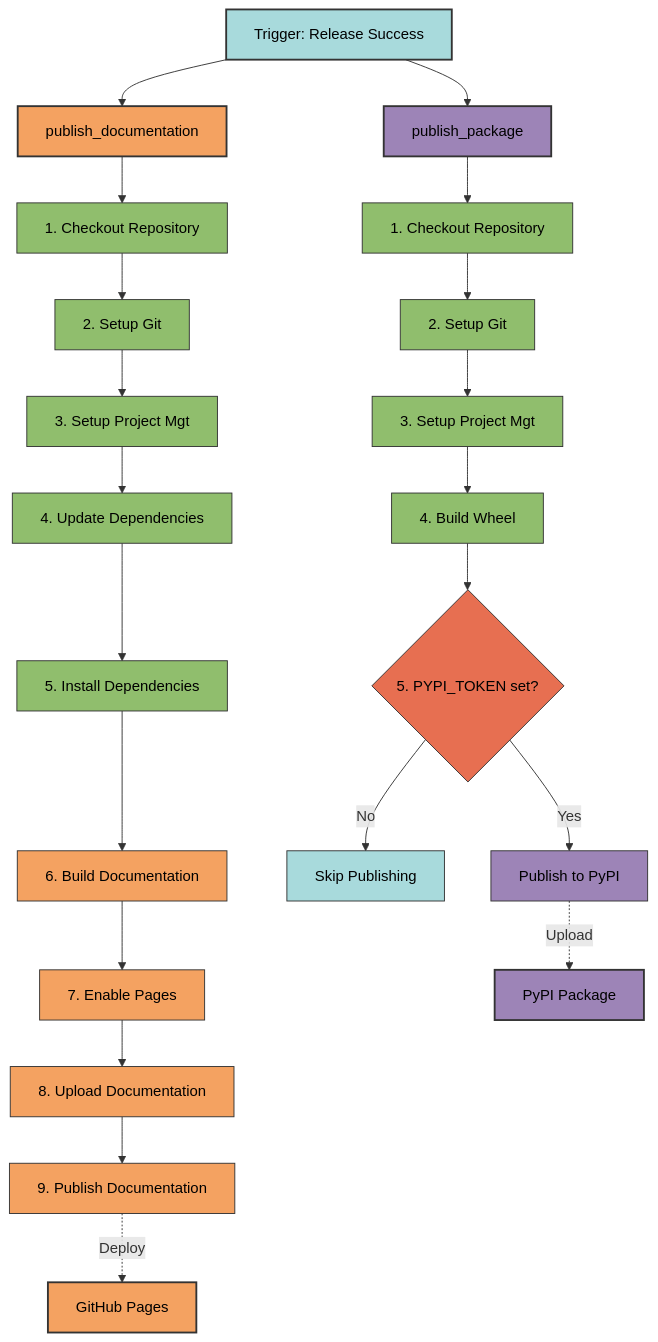
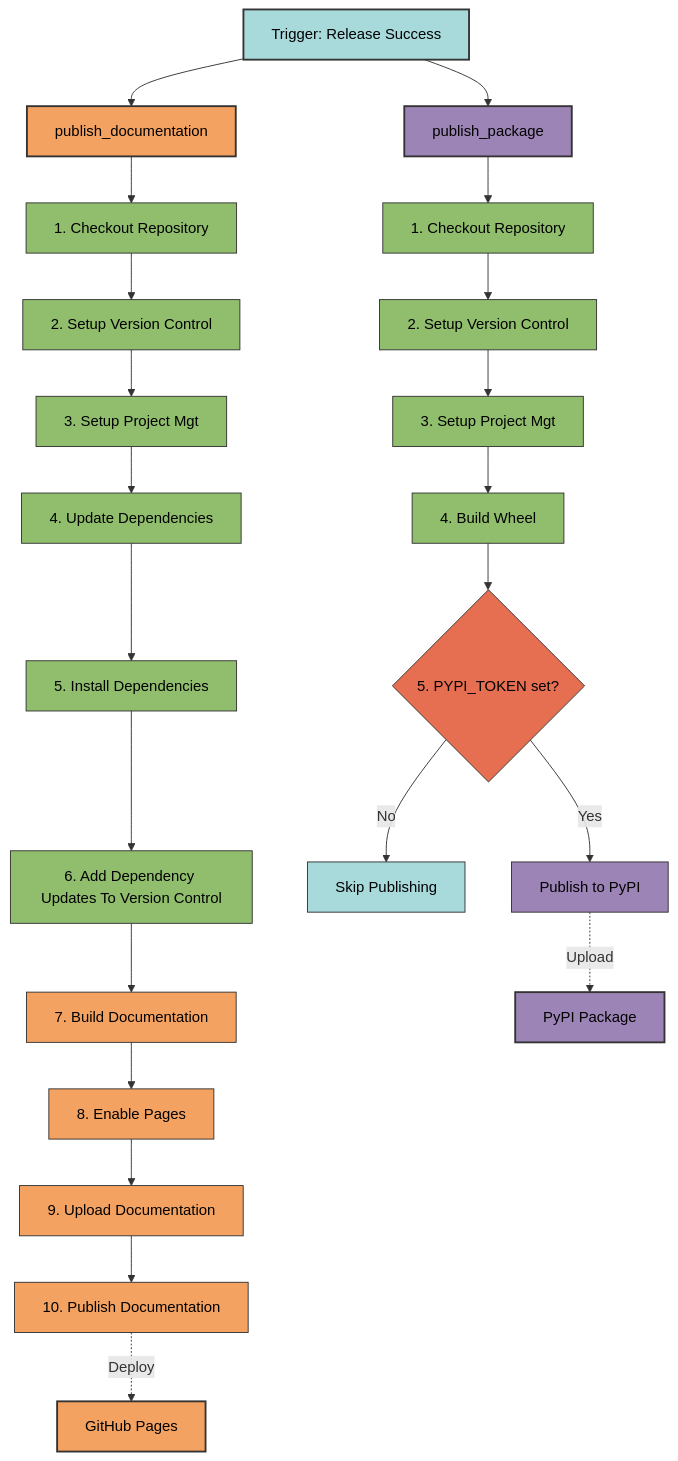
Before and after one commit to Winipedia/pyrig: the diagram in docs/configs/workflows/publish.md, drawn with Mermaid. The commit also changed other lines of this file and 15 other files, not shown here.

````diff
--- a/docs/configs/workflows/publish.md
+++ b/docs/configs/workflows/publish.md
@@ -33,48 +33,50 @@
 ```mermaid
 graph TD
     A[Trigger: Release Success] --> B[publish_package]
     A --> C[publish_documentation]
 
     B --> B1[1. Checkout Repository]
-    B1 --> B2[2. Setup Git]
+    B1 --> B2[2. Setup Version Control]
     B2 --> B3[3. Setup Project Mgt]
     B3 --> B4[4. Build Wheel]
     B4 --> B5{5. PYPI_TOKEN set?}
     B5 -->|Yes| B6[Publish to PyPI]
     B5 -->|No| B7[Skip Publishing]
 
     C --> C1[1. Checkout Repository]
-    C1 --> C2[2. Setup Git]
+    C1 --> C2[2. Setup Version Control]
     C2 --> C3[3. Setup Project Mgt]
     C3 --> C4[4. Update Dependencies]
     C4 --> C5[5. Install Dependencies]
-    C5 --> C6[6. Build Documentation]
-    C6 --> C7[7. Enable Pages]
-    C7 --> C8[8. Upload Documentation]
-    C8 --> C9[9. Publish Documentation]
+    C5 --> C6[6. Add Dependency Updates To Version Control]
+    C6 --> C7[7. Build Documentation]
+    C7 --> C8[8. Enable Pages]
+    C8 --> C9[9. Upload Documentation]
+    C9 --> C10[10. Publish Documentation]
 
 	    B6 -.->|Upload| P1[PyPI Package]
-	    C9 -.->|Deploy| P2[GitHub Pages]
+	    C10 -.->|Deploy| P2[GitHub Pages]
 
     style A fill:#a8dadc,stroke:#333,stroke-width:2px,color:#000
     style B fill:#9d84b7,stroke:#333,stroke-width:2px,color:#000
     style C fill:#f4a261,stroke:#333,stroke-width:2px,color:#000
     style B1 fill:#90be6d,stroke:#333,stroke-width:1px,color:#000
     style B2 fill:#90be6d,stroke:#333,stroke-width:1px,color:#000
     style B3 fill:#90be6d,stroke:#333,stroke-width:1px,color:#000
     style B4 fill:#90be6d,stroke:#333,stroke-width:1px,color:#000
     style B5 fill:#e76f51,stroke:#333,stroke-width:1px,color:#000
     style B6 fill:#9d84b7,stroke:#333,stroke-width:1px,color:#000
     style B7 fill:#a8dadc,stroke:#333,stroke-width:1px,color:#000
     style C1 fill:#90be6d,stroke:#333,stroke-width:1px,color:#000
     style C2 fill:#90be6d,stroke:#333,stroke-width:1px,color:#000
 	    style C3 fill:#90be6d,stroke:#333,stroke-width:1px,color:#000
 	    style C4 fill:#90be6d,stroke:#333,stroke-width:1px,color:#000
 	    style C5 fill:#90be6d,stroke:#333,stroke-width:1px,color:#000
-	    style C6 fill:#f4a261,stroke:#333,stroke-width:1px,color:#000
+	    style C6 fill:#90be6d,stroke:#333,stroke-width:1px,color:#000
 	    style C7 fill:#f4a261,stroke:#333,stroke-width:1px,color:#000
 	    style C8 fill:#f4a261,stroke:#333,stroke-width:1px,color:#000
 	    style C9 fill:#f4a261,stroke:#333,stroke-width:1px,color:#000
+	    style C10 fill:#f4a261,stroke:#333,stroke-width:1px,color:#000
     style P1 fill:#9d84b7,stroke:#333,stroke-width:2px,color:#000
     style P2 fill:#f4a261,stroke:#333,stroke-width:2px,color:#000
 ```
````
